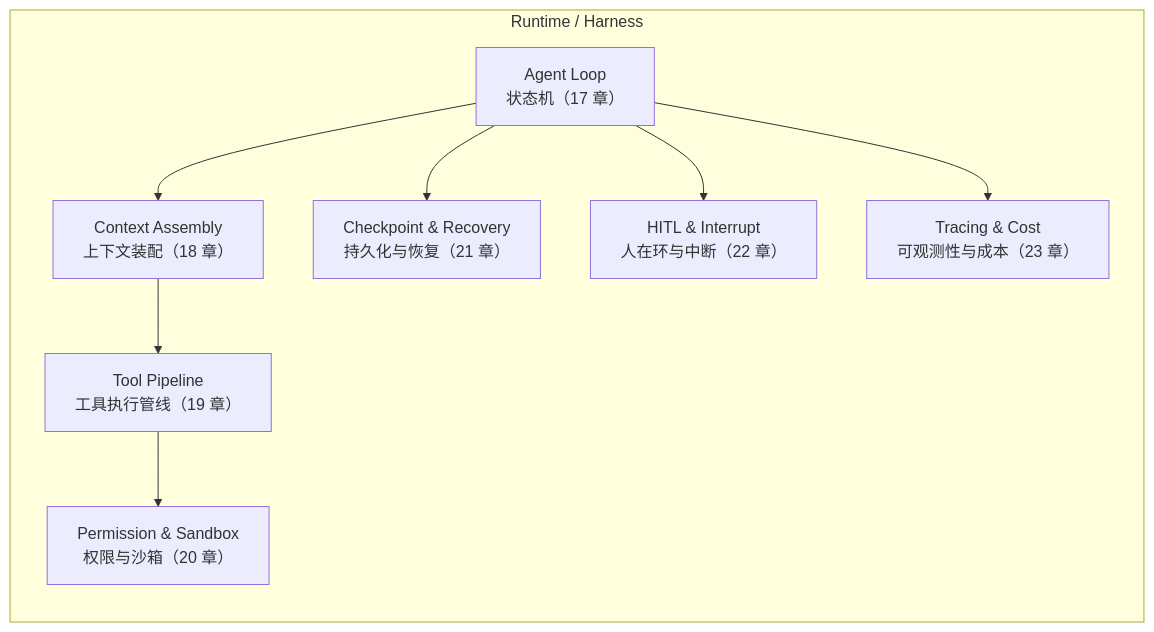
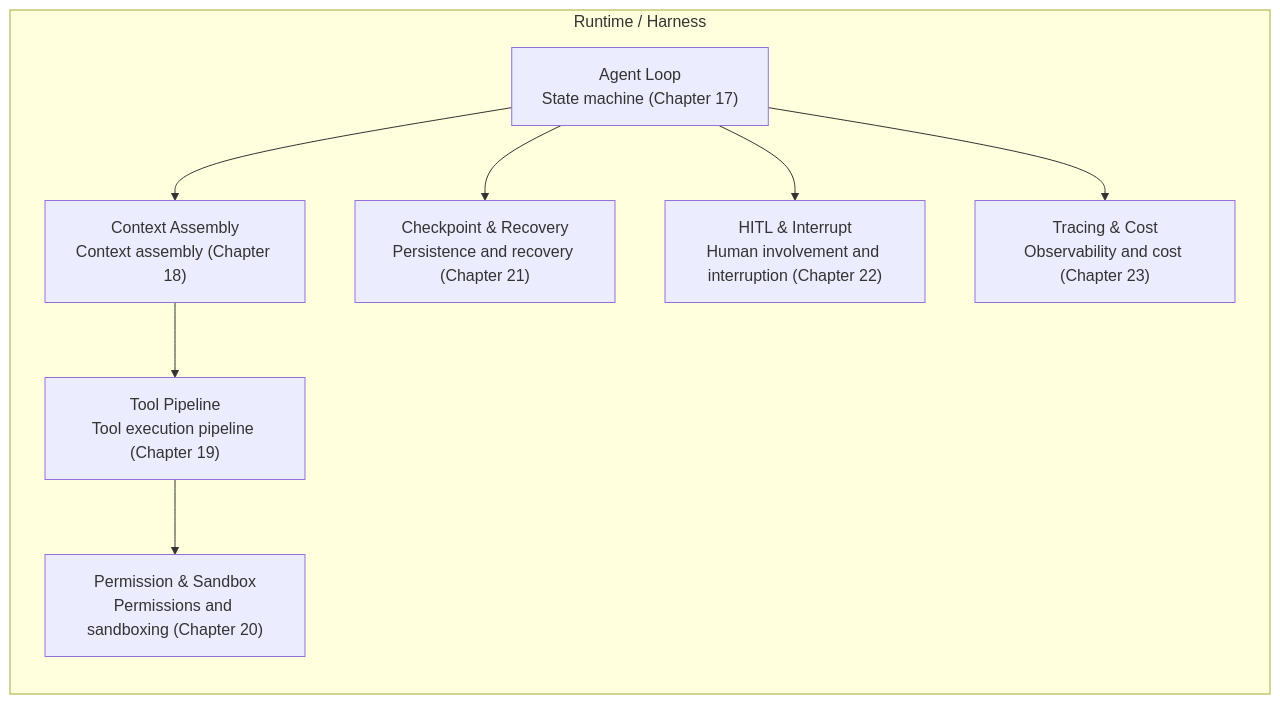
One commit to oneleaveknowsthefall/awesome-ai-roadmap changed the second of 2 diagrams in docs/agent/02-runtime-harness/16-harness-definition-and-boundaries.md. Above: the diagram before and after it, drawn with Mermaid. The commit also changed other lines of this file and 68 other files, not shown here.

````diff
--- a/docs/agent/02-runtime-harness/16-harness-definition-and-boundaries.md
+++ b/docs/agent/02-runtime-harness/16-harness-definition-and-boundaries.md
@@ -80,16 +80,16 @@
 ```mermaid
 flowchart LR
     subgraph Harness["Runtime / Harness"]
-        L["Agent Loop<br/>状态机（17 章）"]
-        CTX["Context Assembly<br/>上下文装配（18 章）"]
-        T["Tool Pipeline<br/>工具执行管线（19 章）"]
-        S["Permission & Sandbox<br/>权限与沙箱（20 章）"]
-        P["Checkpoint & Recovery<br/>持久化与恢复（21 章）"]
-        HI["HITL & Interrupt<br/>人在环与中断（22 章）"]
-        OBS["Tracing & Cost<br/>可观测性与成本（23 章）"]
+        L["Agent Loop<br/>State machine (Chapter 17)"]
+        CTX["Context Assembly<br/>Context assembly (Chapter 18)"]
+        T["Tool Pipeline<br/>Tool execution pipeline (Chapter 19)"]
+        S["Permission & Sandbox<br/>Permissions and sandboxing (Chapter 20)"]
+        P["Checkpoint & Recovery<br/>Persistence and recovery (Chapter 21)"]
+        HI["HITL & Interrupt<br/>Human involvement and interruption (Chapter 22)"]
+        OBS["Tracing & Cost<br/>Observability and cost (Chapter 23)"]
     end
     L --> CTX --> T --> S
     L --> P
     L --> HI
     L --> OBS
 ```
````
